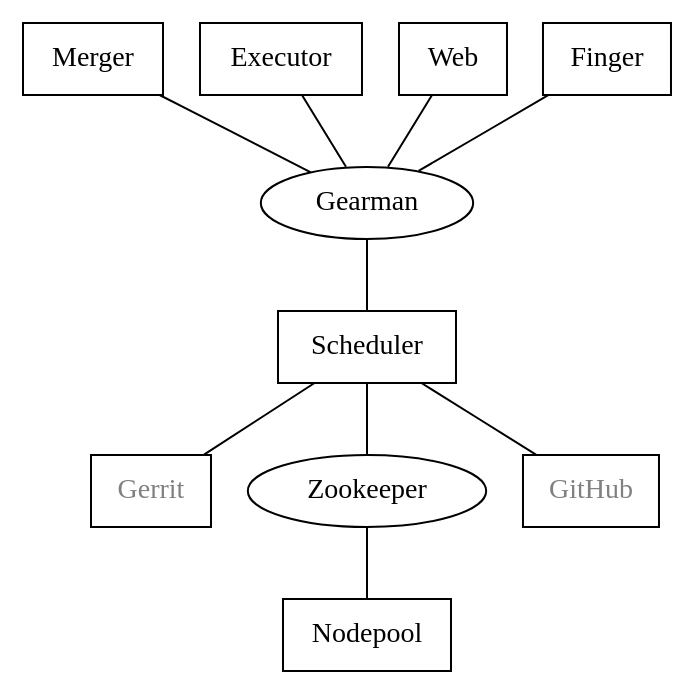
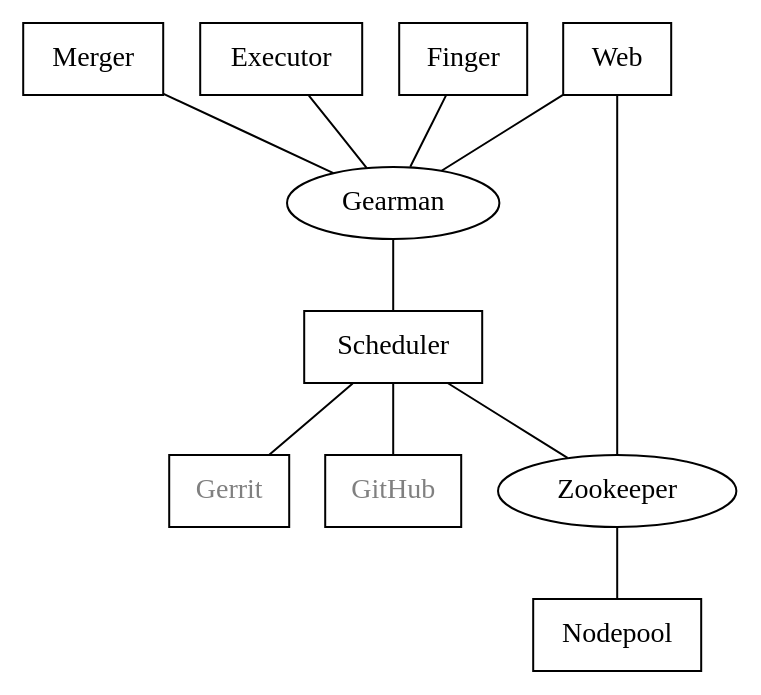
Before and after one commit to openstack-infra/zuul: the diagram in doc/source/admin/components.rst, drawn with Graphviz. The commit also changed 1 other file, not shown here.

Commit message:
Update docs since zuul-web requires zookeeper
This adds a reno note for upgrading to 3.4.0 about zuul-web needing
access to zookeeper now.  Also update our components diagram too.

```diff
--- a/doc/source/admin/components.rst
+++ b/doc/source/admin/components.rst
@@ -11,22 +11,23 @@
 .. graphviz::
    :align: center
 
    graph  {
       node [shape=box]
       Gearman [shape=ellipse]
       Gerrit [fontcolor=grey]
       Zookeeper [shape=ellipse]
       Nodepool
       GitHub [fontcolor=grey]
 
       Merger -- Gearman
       Executor -- Gearman
       Web -- Gearman
+      Web -- Zookeeper
       Finger -- Gearman
 
       Gearman -- Scheduler;
       Scheduler -- Gerrit;
       Scheduler -- Zookeeper;
       Zookeeper -- Nodepool;
       Scheduler -- GitHub;
    }
```
